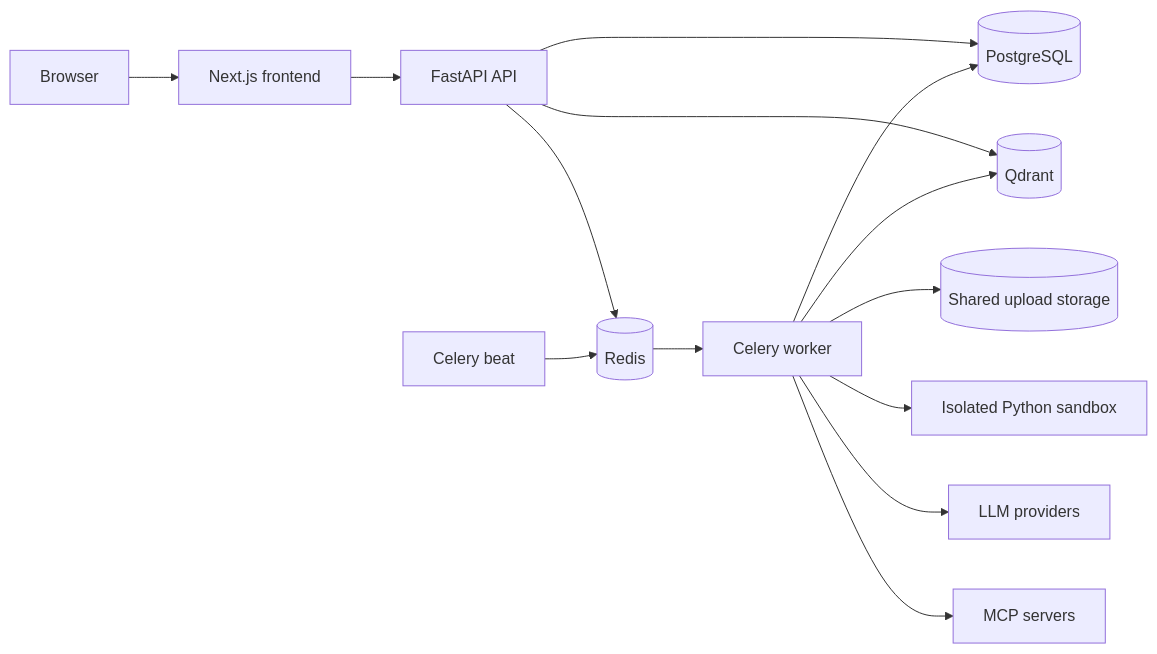
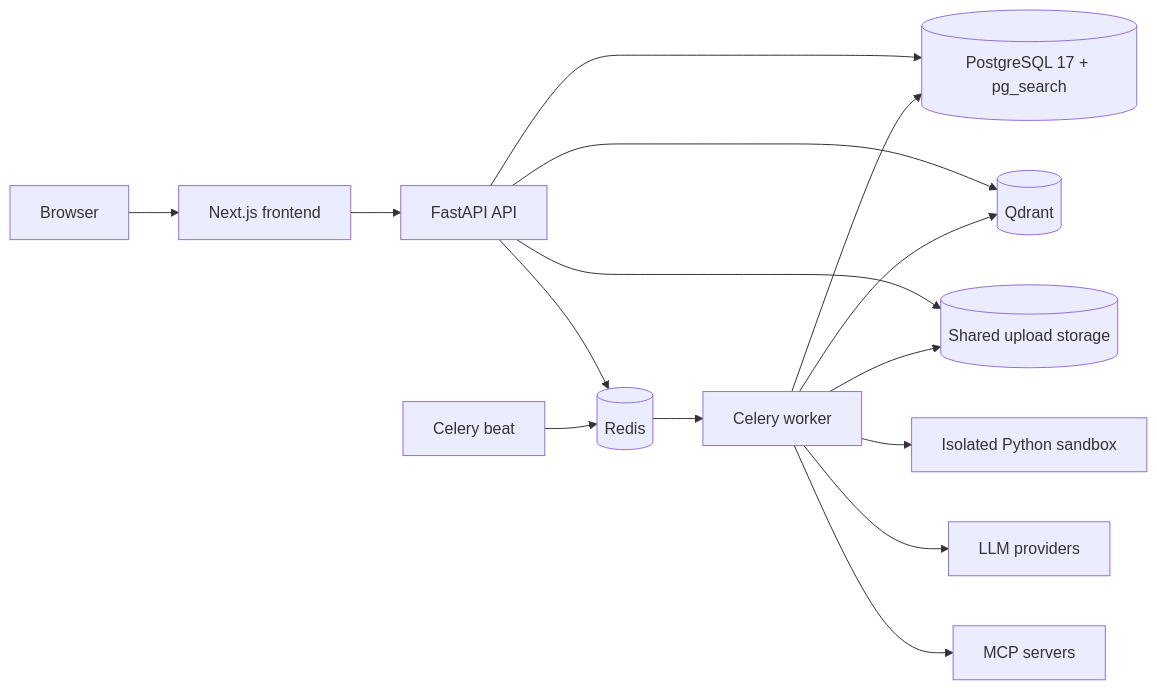
One commit to IQZZ020501/NexaFlow changed the diagram in README.md. Above: the diagram before and after it, drawn with Mermaid. The commit also changed other lines of this file, not shown here.

````diff
--- a/README.md
+++ b/README.md
@@ -62,16 +62,17 @@
 ```mermaid
 flowchart LR
     Browser[Browser] --> Web[Next.js frontend]
     Web --> API[FastAPI API]
-    API --> DB[(PostgreSQL)]
+    API --> DB[("PostgreSQL 17 + pg_search")]
     API --> Redis[(Redis)]
     API --> Qdrant[(Qdrant)]
+    API --> Storage[("Shared upload storage")]
     Redis --> Worker[Celery worker]
     Beat[Celery beat] --> Redis
     Worker --> DB
     Worker --> Qdrant
     Worker --> Storage[(Shared upload storage)]
     Worker --> Sandbox[Isolated Python sandbox]
     Worker --> Models[LLM providers]
     Worker --> MCP[MCP servers]
 ```
````
